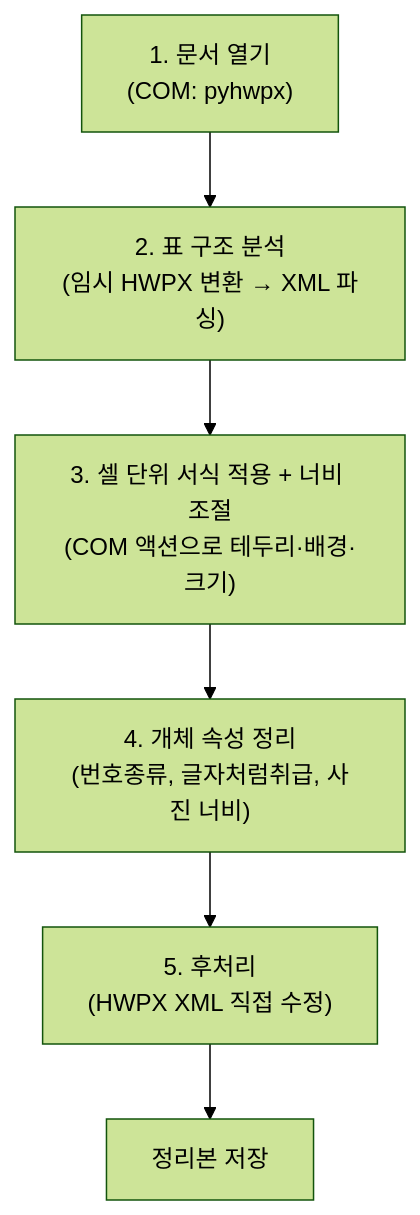
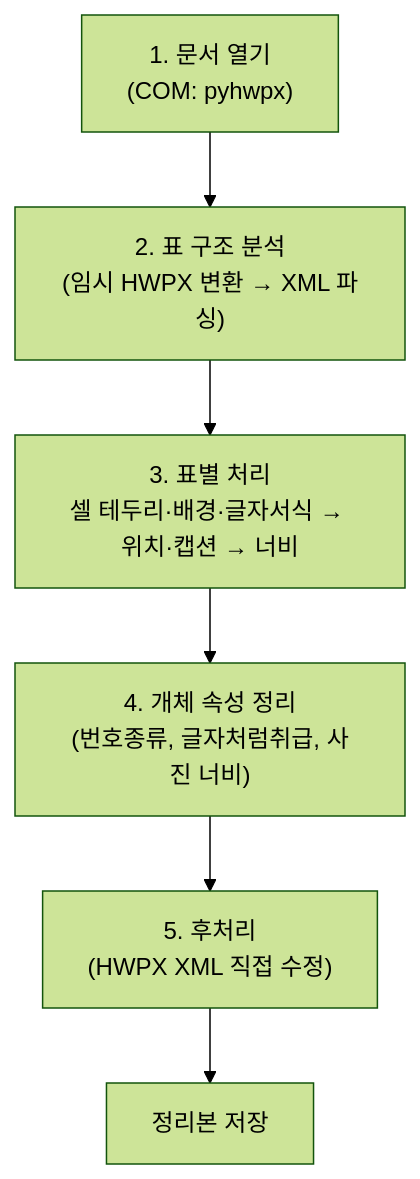
One commit to barumean/hwprenew changed the diagram in docs/walkthrough.md. Above: the diagram before and after it, drawn with Mermaid (forest theme). The commit also changed other lines of this file and 4 other files, not shown here.

````diff
--- a/docs/walkthrough.md
+++ b/docs/walkthrough.md
@@ -67,8 +90,8 @@
 ```mermaid
 flowchart TD
     A["1. 문서 열기\n(COM: pyhwpx)"] --> B["2. 표 구조 분석\n(임시 HWPX 변환 → XML 파싱)"]
-    B --> C["3. 셀 단위 서식 적용 + 너비 조절\n(COM 액션으로 테두리·배경·크기)"]
+    B --> C["3. 표별 처리\n셀 테두리·배경·글자서식 → 위치·캡션 → 너비"]
     C --> D["4. 개체 속성 정리\n(번호종류, 글자처럼취급, 사진 너비)"]
     D --> E["5. 후처리\n(HWPX XML 직접 수정)"]
     E --> F["정리본 저장"]
 ```
````
